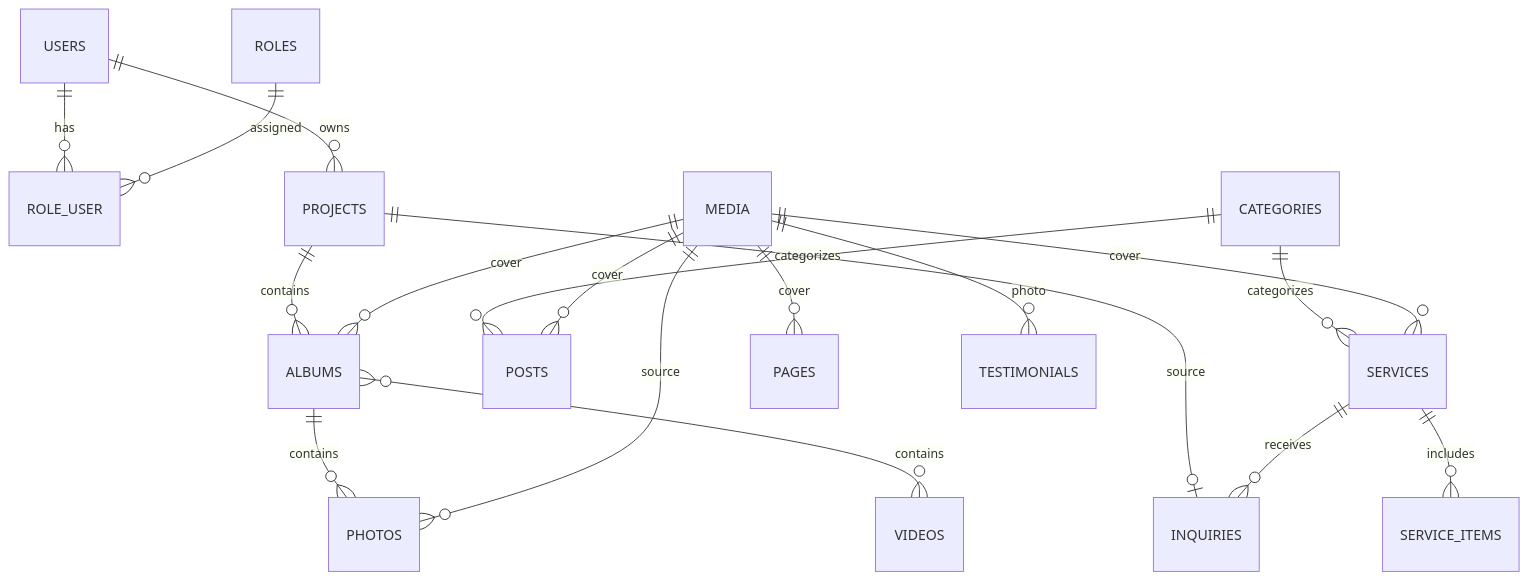
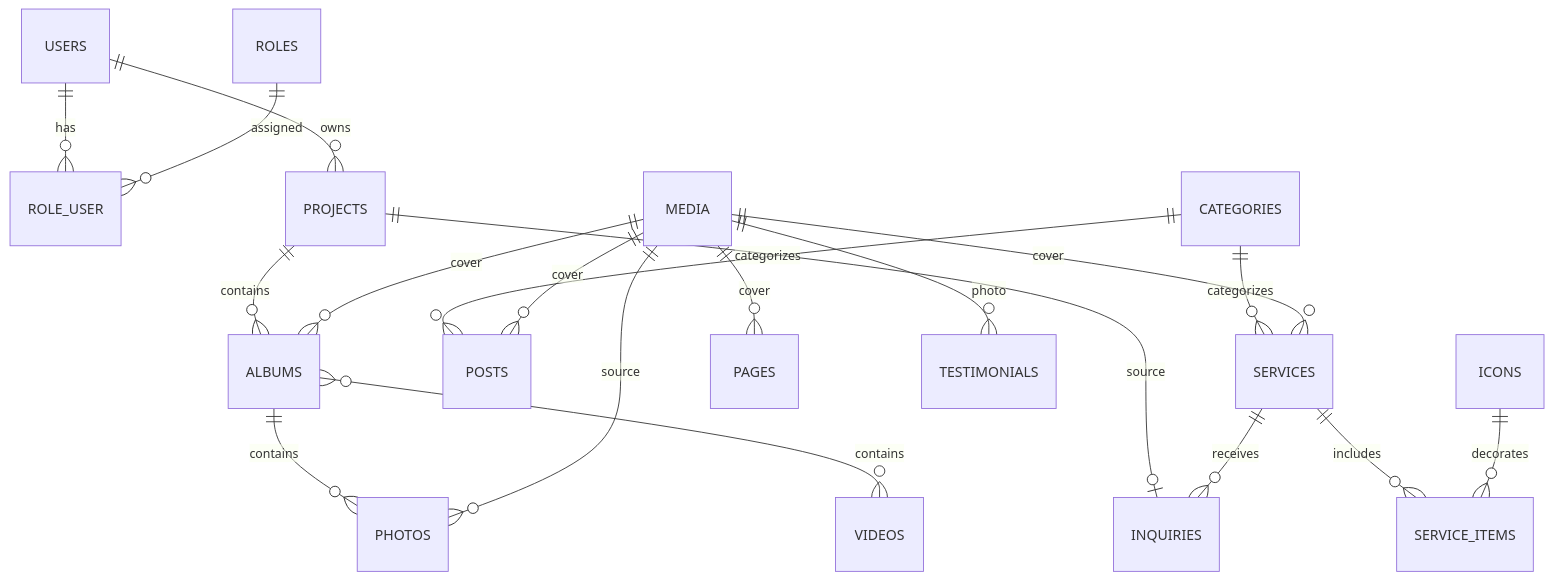
One commit to constklimenko/photostudio changed the diagram in fotoskazka/database.md. Above: the diagram before and after it, drawn with Mermaid. The commit also changed other lines of this file and 23 other files, not shown here.

````diff
--- a/fotoskazka/database.md
+++ b/fotoskazka/database.md
@@ -47,28 +47,30 @@
 ```mermaid
 erDiagram
 
     USERS ||--o{ ROLE_USER : has
     ROLES ||--o{ ROLE_USER : assigned
 
     USERS ||--o{ PROJECTS : owns
 
     CATEGORIES ||--o{ SERVICES : categorizes
     CATEGORIES ||--o{ POSTS : categorizes
 
     PROJECTS ||--o{ ALBUMS : contains
     PROJECTS ||--o| INQUIRIES : source
     ALBUMS ||--o{ PHOTOS : contains
     ALBUMS }o--o{ VIDEOS : contains
 
     MEDIA ||--o{ PHOTOS : source
 
     MEDIA ||--o{ POSTS : cover
     MEDIA ||--o{ SERVICES : cover
     MEDIA ||--o{ ALBUMS : cover
     MEDIA ||--o{ PAGES : cover
     MEDIA ||--o{ TESTIMONIALS : photo
 
     SERVICES ||--o{ INQUIRIES : receives
     SERVICES ||--o{ SERVICE_ITEMS : includes
 
+    ICONS ||--o{ SERVICE_ITEMS : decorates
+
 ```
````
